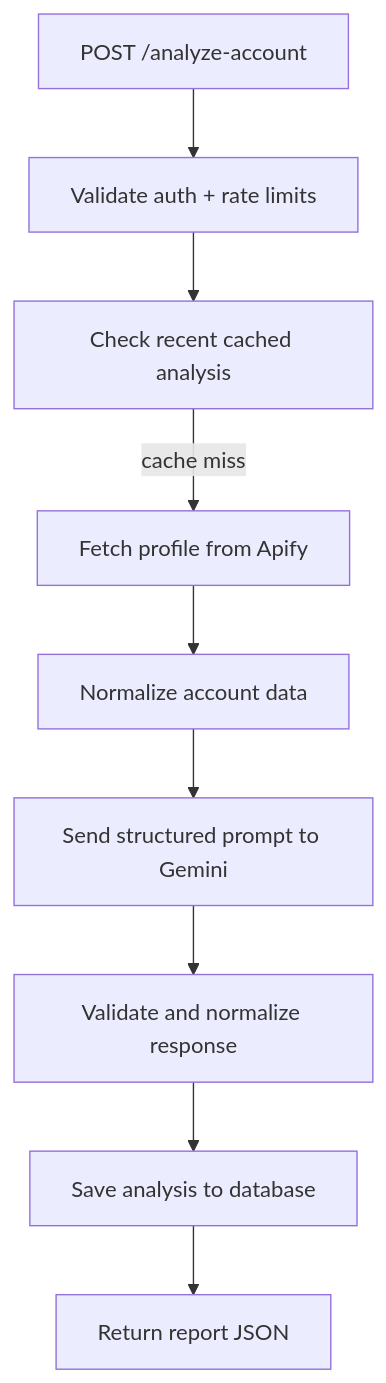
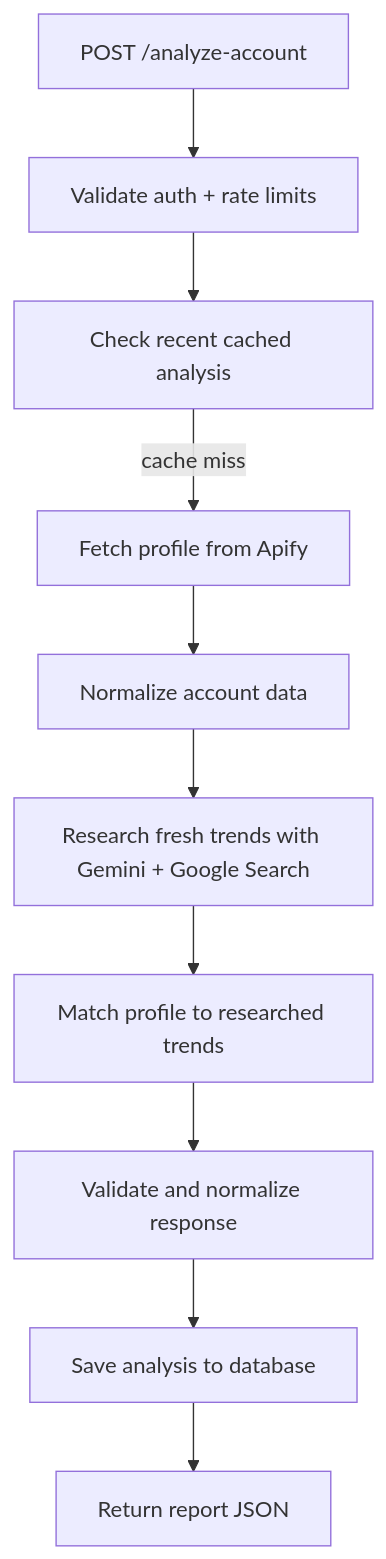
One commit to Qoziwe/Alignd changed the second of 2 diagrams in backend/README.md. Above: the diagram before and after it, drawn with Mermaid. The commit also changed other lines of this file and 6 other files, not shown here.

````diff
--- a/backend/README.md
+++ b/backend/README.md
@@ -49,11 +49,12 @@
 ```mermaid
 flowchart TD
     Req[POST /analyze-account] --> Auth[Validate auth + rate limits]
     Auth --> Cache[Check recent cached analysis]
     Cache -->|cache miss| Apify[Fetch profile from Apify]
     Apify --> Normalize[Normalize account data]
-    Normalize --> Gemini[Send structured prompt to Gemini]
+    Normalize --> TrendGemini[Research fresh trends with Gemini + Google Search]
+    TrendGemini --> Gemini[Match profile to researched trends]
     Gemini --> Shape[Validate and normalize response]
     Shape --> Save[Save analysis to database]
     Save --> Res[Return report JSON]
 ```
````
